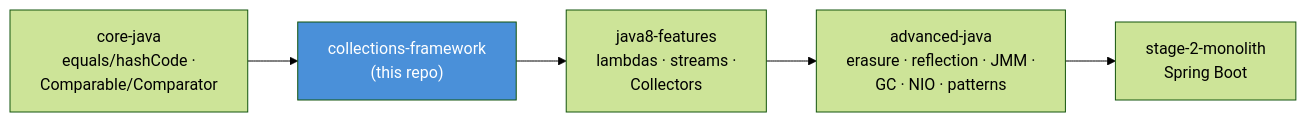
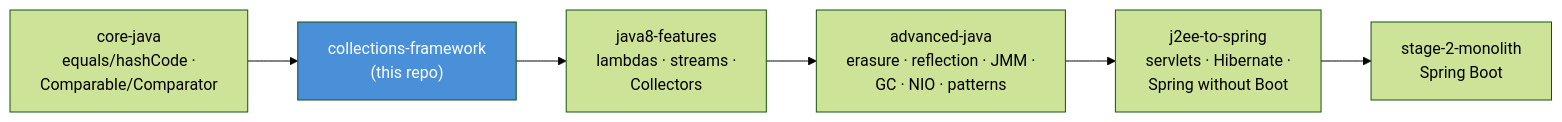
Before and after one commit to EVAITCS-Training/training-repo: the second of 2 diagrams in collections-framework/README.md, drawn with Mermaid (forest theme). The commit also changed other lines of this file and 85 other files, not shown here.

First line of the commit message:
j2ee-to-spring: the evolution course between JDBC and Spring Boot (4 modules, 40 tests)

````diff
--- a/collections-framework/README.md
+++ b/collections-framework/README.md
@@ -123,9 +123,10 @@
 ```mermaid
 flowchart LR
     CJ["core-java<br/>equals/hashCode ·<br/>Comparable/Comparator"] --> C["collections-framework<br/>(this repo)"]
     C --> J8["java8-features<br/>lambdas · streams ·<br/>Collectors"]
     J8 --> AJ["advanced-java<br/>erasure · reflection · JMM ·<br/>GC · NIO · patterns"]
-    AJ --> S["stage-2-monolith<br/>Spring Boot"]
+    AJ --> J2S["j2ee-to-spring<br/>servlets · Hibernate ·<br/>Spring without Boot"]
+    J2S --> S["stage-2-monolith<br/>Spring Boot"]
 
     style C fill:#4a90d9,color:#fff
 ```
````
